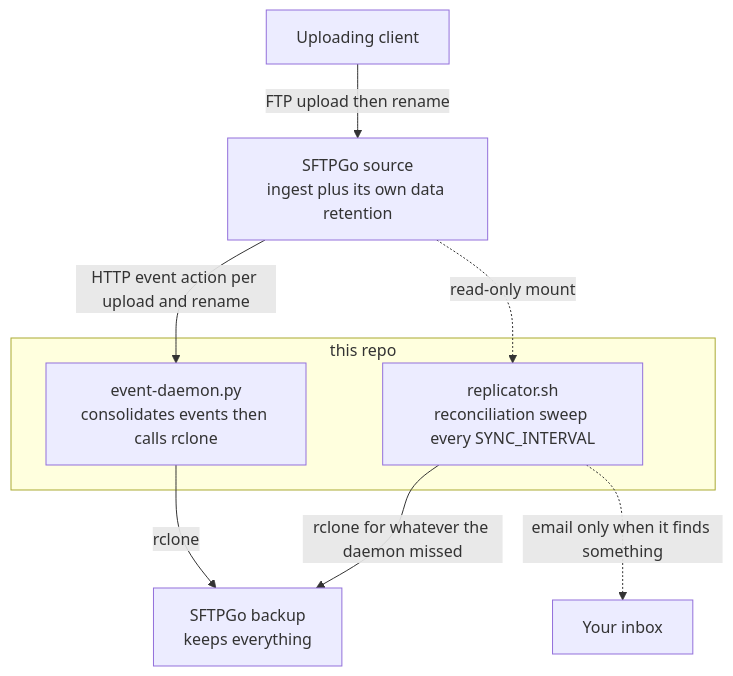
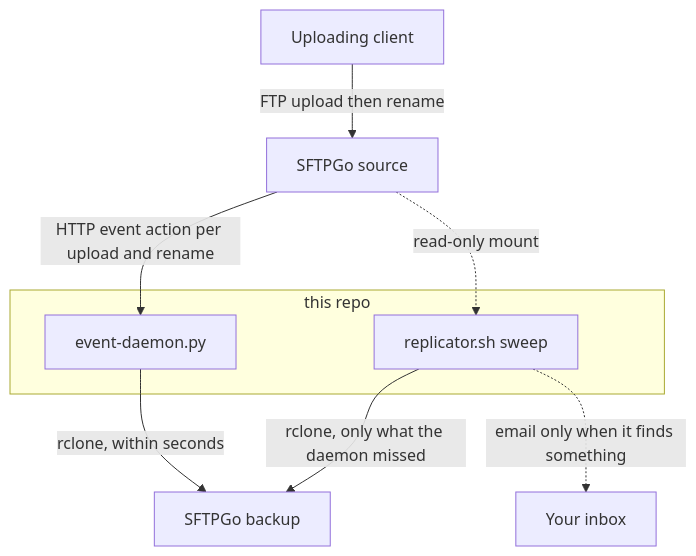
The diagram in README.md (andrebrait/ftp-replicator), drawn with Mermaid before and after one commit.

Commit message:
docs: plain-text mermaid labels
GitHub decodes HTML entities inside the fenced block before the parser sees
it, which is what broke the earlier labels: &quot; became a bare quote and
unbalanced the string. Local mermaid 10 and 11 both parse that source fine,
so the failure only shows on GitHub. No markup left in the labels now.

````diff
--- a/README.md
+++ b/README.md
@@ -11,21 +11,21 @@
 ```mermaid
 flowchart TD
     client[Uploading client]
-    source[SFTPGo source<br/>ingest plus its own data retention]
-    daemon[event-daemon.py<br/>consolidates events then calls rclone]
-    sweep[replicator.sh<br/>reconciliation sweep every SYNC_INTERVAL]
-    backup[SFTPGo backup<br/>keeps everything]
+    source[SFTPGo source]
+    daemon[event-daemon.py]
+    sweep[replicator.sh sweep]
+    backup[SFTPGo backup]
     inbox[Your inbox]
 
     client -->|FTP upload then rename| source
     source -->|HTTP event action per upload and rename| daemon
     source -.->|read-only mount| sweep
-    daemon -->|rclone| backup
-    sweep -->|rclone for whatever the daemon missed| backup
+    daemon -->|rclone, within seconds| backup
+    sweep -->|rclone, only what the daemon missed| backup
     sweep -.->|email only when it finds something| inbox
 
     subgraph repo [this repo]
         daemon
         sweep
     end
 ```
````
